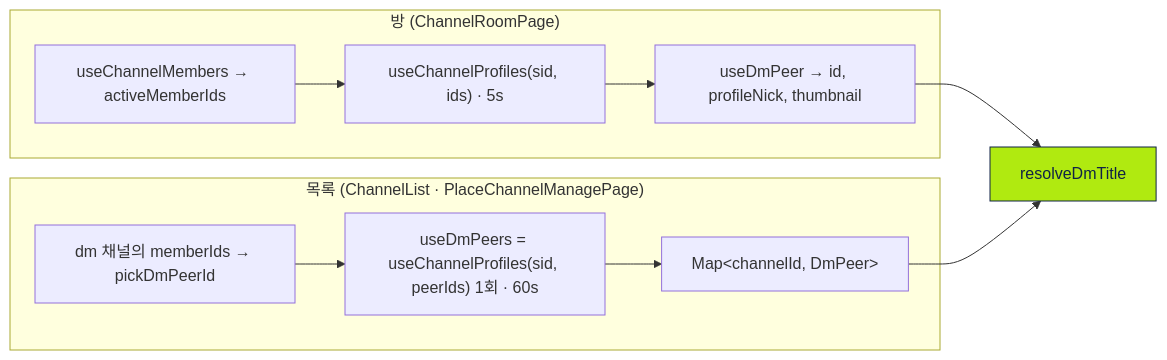
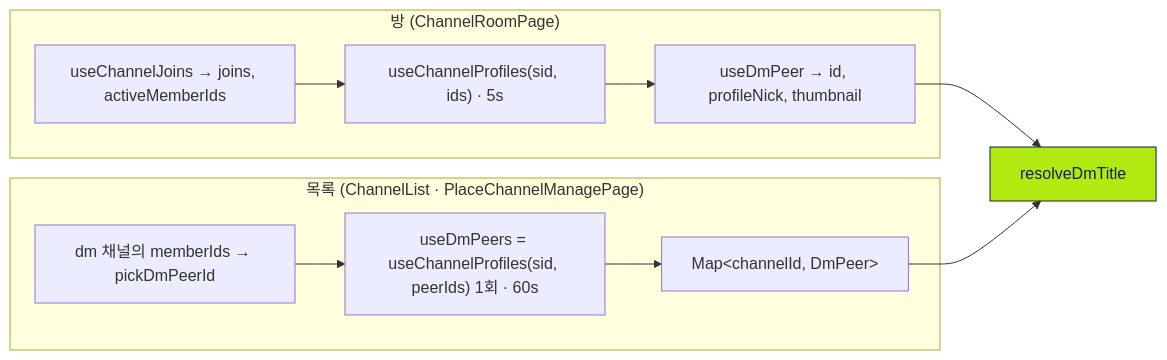
Before and after one commit to lemoncloud-io/dou-app: the third of 6 diagrams in apps/web/docs/feature/channels/dm-chat.md, drawn with Mermaid. The commit also changed other lines of this file and 42 other files, not shown here.

````diff
--- a/apps/web/docs/feature/channels/dm-chat.md
+++ b/apps/web/docs/feature/channels/dm-chat.md
@@ -168,18 +263,18 @@
 ```mermaid
 flowchart LR
     subgraph room["방 (ChannelRoomPage)"]
-        R1["useChannelMembers → activeMemberIds"]
+        R1["useChannelJoins → joins, activeMemberIds"]
         R2["useChannelProfiles(sid, ids) · 5s"]
         R3["useDmPeer → id, profileNick, thumbnail"]
         R1 --> R2 --> R3
     end
     subgraph lists["목록 (ChannelList · PlaceChannelManagePage)"]
         L1["dm 채널의 memberIds → pickDmPeerId"]
         L2["useDmPeers = useChannelProfiles(sid, peerIds) 1회 · 60s"]
         L3["Map&lt;channelId, DmPeer&gt;"]
         L1 --> L2 --> L3
     end
     R3 --> RES["resolveDmTitle"]
     L3 --> RES
     style RES fill:#b0ea10,stroke:#102346,color:#102346
 ```
````
